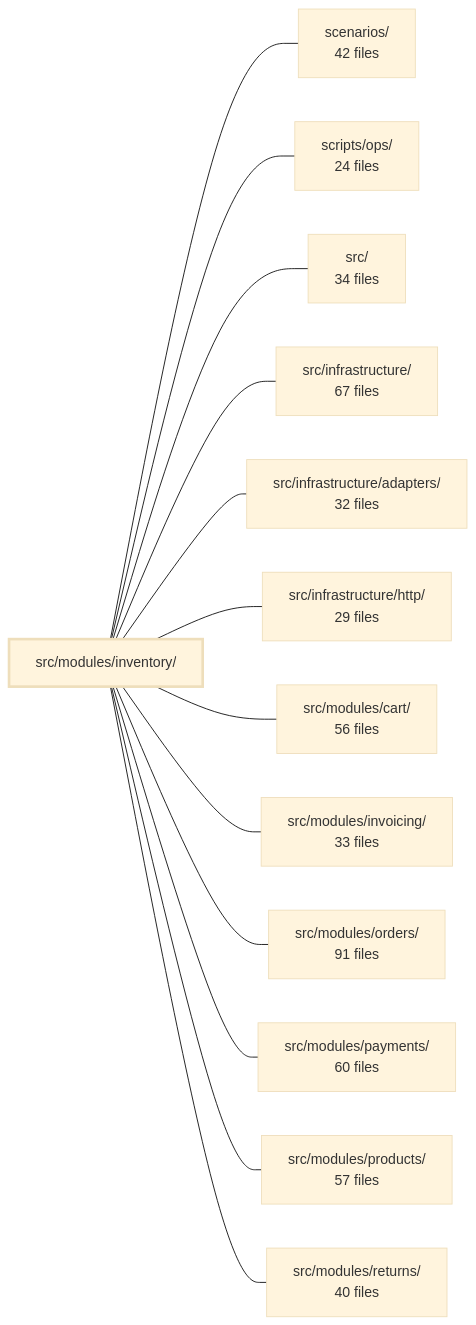
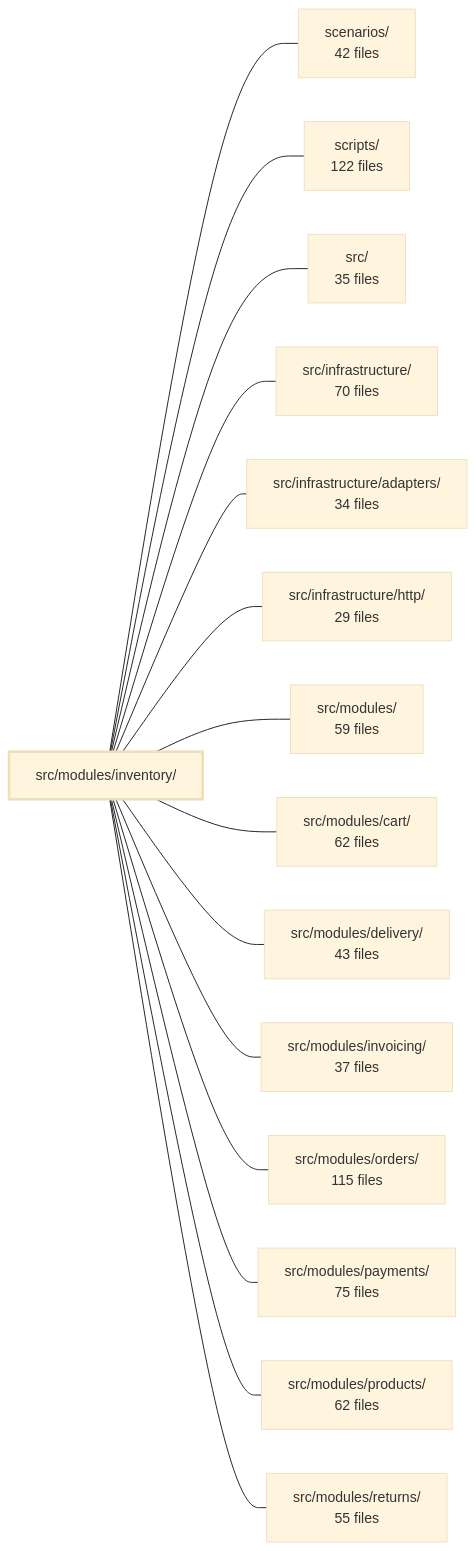
The diagram in .2brain/modules/boilerplate-node-backend_src_modules_inventory.md (Guebbit/boilerplate-node-backend), drawn with Mermaid (base theme) before and after one commit. The commit also changed other lines of this file and 11 other files, not shown here.

````diff
--- a/.2brain/modules/boilerplate-node-backend_src_modules_inventory.md
+++ b/.2brain/modules/boilerplate-node-backend_src_modules_inventory.md
@@ -43,29 +44,33 @@
 ```mermaid
 flowchart LR
     m_src_modules_inventory["src/modules/inventory/"]
     m_scenarios["scenarios/<br/>42 files"]
-    m_scripts_ops["scripts/ops/<br/>24 files"]
-    m_src["src/<br/>34 files"]
-    m_src_infrastructure["src/infrastructure/<br/>67 files"]
-    m_src_infrastructure_adapters["src/infrastructure/adapters/<br/>32 files"]
+    m_scripts["scripts/<br/>122 files"]
+    m_src["src/<br/>35 files"]
+    m_src_infrastructure["src/infrastructure/<br/>70 files"]
+    m_src_infrastructure_adapters["src/infrastructure/adapters/<br/>34 files"]
     m_src_infrastructure_http["src/infrastructure/http/<br/>29 files"]
-    m_src_modules_cart["src/modules/cart/<br/>56 files"]
-    m_src_modules_invoicing["src/modules/invoicing/<br/>33 files"]
-    m_src_modules_orders["src/modules/orders/<br/>91 files"]
-    m_src_modules_payments["src/modules/payments/<br/>60 files"]
-    m_src_modules_products["src/modules/products/<br/>57 files"]
-    m_src_modules_returns["src/modules/returns/<br/>40 files"]
+    m_src_modules["src/modules/<br/>59 files"]
+    m_src_modules_cart["src/modules/cart/<br/>62 files"]
+    m_src_modules_delivery["src/modules/delivery/<br/>43 files"]
+    m_src_modules_invoicing["src/modules/invoicing/<br/>37 files"]
+    m_src_modules_orders["src/modules/orders/<br/>115 files"]
+    m_src_modules_payments["src/modules/payments/<br/>75 files"]
+    m_src_modules_products["src/modules/products/<br/>62 files"]
+    m_src_modules_returns["src/modules/returns/<br/>55 files"]
     m_src_modules_inventory --- m_scenarios
-    m_src_modules_inventory --- m_scripts_ops
+    m_src_modules_inventory --- m_scripts
     m_src_modules_inventory --- m_src
     m_src_modules_inventory --- m_src_infrastructure
     m_src_modules_inventory --- m_src_infrastructure_adapters
     m_src_modules_inventory --- m_src_infrastructure_http
+    m_src_modules_inventory --- m_src_modules
     m_src_modules_inventory --- m_src_modules_cart
+    m_src_modules_inventory --- m_src_modules_delivery
     m_src_modules_inventory --- m_src_modules_invoicing
     m_src_modules_inventory --- m_src_modules_orders
     m_src_modules_inventory --- m_src_modules_payments
     m_src_modules_inventory --- m_src_modules_products
     m_src_modules_inventory --- m_src_modules_returns
     style m_src_modules_inventory stroke-width:3px
 ```
````
